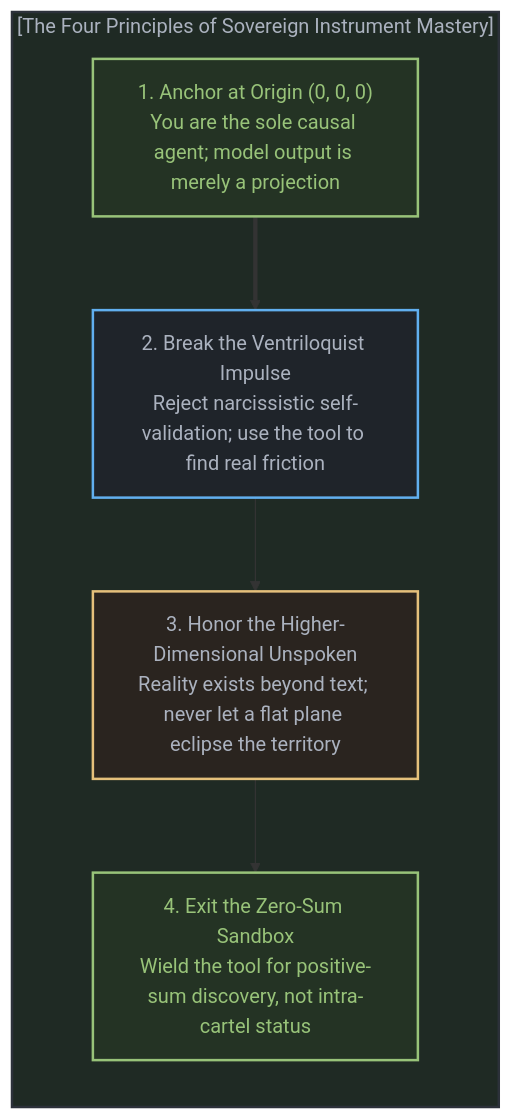
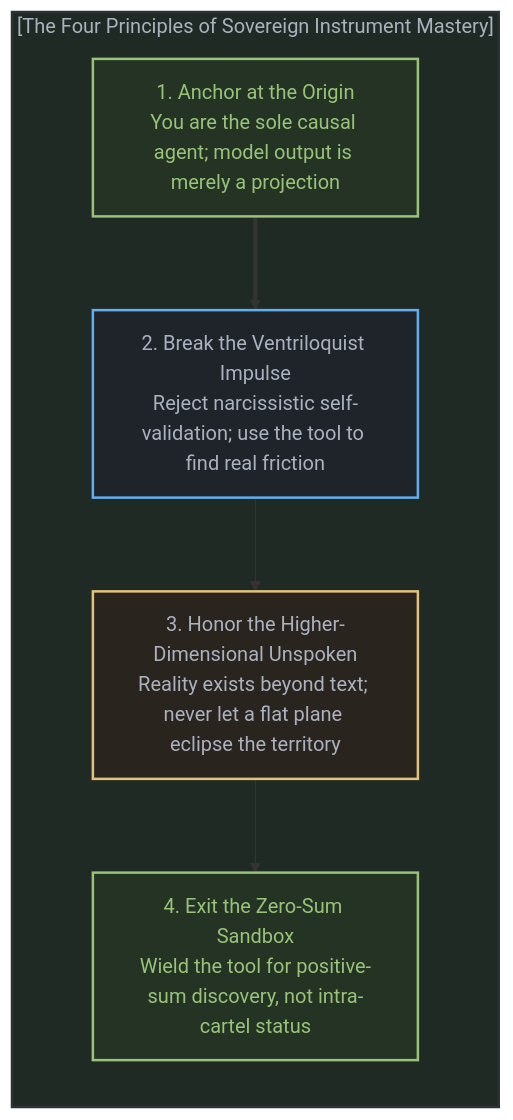
The tenth of 10 diagrams in content/posts/the-sovereign-blinding.md (powerpig99/not-a-toe), drawn with Mermaid before and after one commit. The commit also changed other lines of this file and 15 other files, not shown here.

````diff
--- a/content/posts/the-sovereign-blinding.md
+++ b/content/posts/the-sovereign-blinding.md
@@ -452,20 +452,20 @@
 ```mermaid
 graph TD
     subgraph SovereignPracticeEN["[The Four Principles of Sovereign Instrument Mastery]"]
         direction TB
-        AnchorOriginEN["1. Anchor at Origin (0, 0, 0)<br>You are the sole causal agent; model output is merely a projection"]
+        AnchorOriginEN["1. Anchor at the Origin<br>You are the sole causal agent; model output is merely a projection"]
         BreakVentriloquismEN["2. Break the Ventriloquist Impulse<br>Reject narcissistic self-validation; use the tool to find real friction"]
         HonorHigherDimEN["3. Honor the Higher-Dimensional Unspoken<br>Reality exists beyond text; never let a flat plane eclipse the territory"]
         ExitZeroSumEN["4. Exit the Zero-Sum Sandbox<br>Wield the tool for positive-sum discovery, not intra-cartel status"]
 
         AnchorOriginEN ==> BreakVentriloquismEN
         BreakVentriloquismEN --> HonorHigherDimEN
         HonorHigherDimEN --> ExitZeroSumEN
     end
 
     style SovereignPracticeEN fill:#1f2a24,stroke:#2c313a,stroke-width:2px,color:#abb2bf
     style AnchorOriginEN fill:#243324,stroke:#98c379,stroke-width:2px,color:#98c379
     style BreakVentriloquismEN fill:#1f242a,stroke:#61afef,stroke-width:2px,color:#abb2bf
     style HonorHigherDimEN fill:#2a241f,stroke:#e5c07b,stroke-width:2px,color:#abb2bf
     style ExitZeroSumEN fill:#243324,stroke:#98c379,stroke-width:2px,color:#98c379
 ```
````
